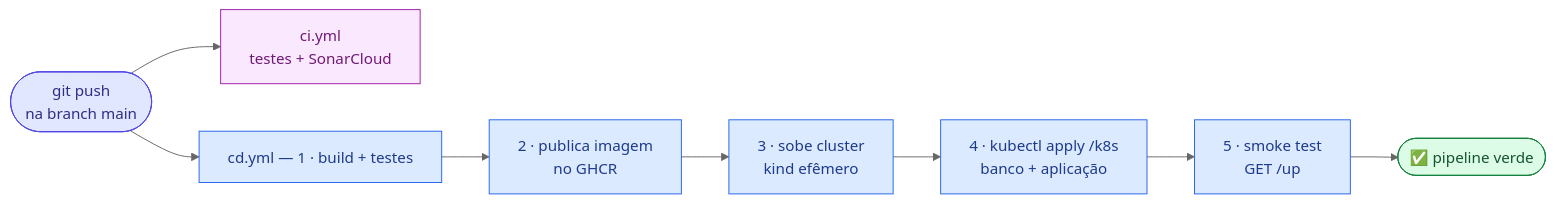
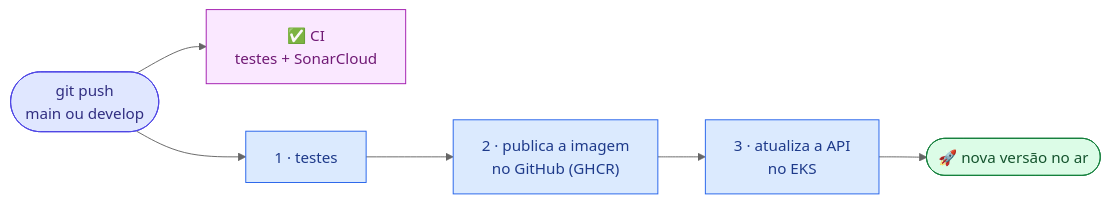
Before and after one commit to Lorenalgm/oficina_mecanica: the third of 3 diagrams in README.md, drawn with Mermaid (neutral theme). The commit also changed other lines of this file and 6 other files, not shown here.

First line of the commit message:
docs: README da Fase 3, diagrama ER e diagramas revisados

````diff
--- a/README.md
+++ b/README.md
@@ -213,23 +260,21 @@
 ```mermaid
 flowchart LR
-    push(["git push<br/>na branch main"])
-    ci["ci.yml<br/>testes + SonarCloud"]
-    build["cd.yml — 1 · build + testes"]
-    image["2 · publica imagem<br/>no GHCR"]
-    kind["3 · sobe cluster<br/>kind efêmero"]
-    apply["4 · kubectl apply /k8s<br/>banco + aplicação"]
-    smoke["5 · smoke test<br/>GET /up"]
-    done(["✅ pipeline verde"])
+    push(["git push<br/>main ou develop"])
+    ci["✅ CI<br/>testes + SonarCloud"]
+    build["1 · testes"]
+    image["2 · publica a imagem<br/>no GitHub (GHCR)"]
+    deploy["3 · atualiza a API<br/>no EKS"]
+    done(["🚀 nova versão no ar"])
 
     push --> ci
-    push --> build --> image --> kind --> apply --> smoke --> done
+    push --> build --> image --> deploy --> done
 
     classDef trigger fill:#e0e7ff,stroke:#4f46e5,color:#312e81;
     classDef ciq fill:#fae8ff,stroke:#a21caf,color:#701a75;
     classDef step fill:#dbeafe,stroke:#2563eb,color:#1e3a8a;
     classDef ok fill:#dcfce7,stroke:#15803d,color:#14532d;
     class push trigger;
     class ci ciq;
-    class build,image,kind,apply,smoke step;
+    class build,image,deploy step;
     class done ok;
 ```
````
